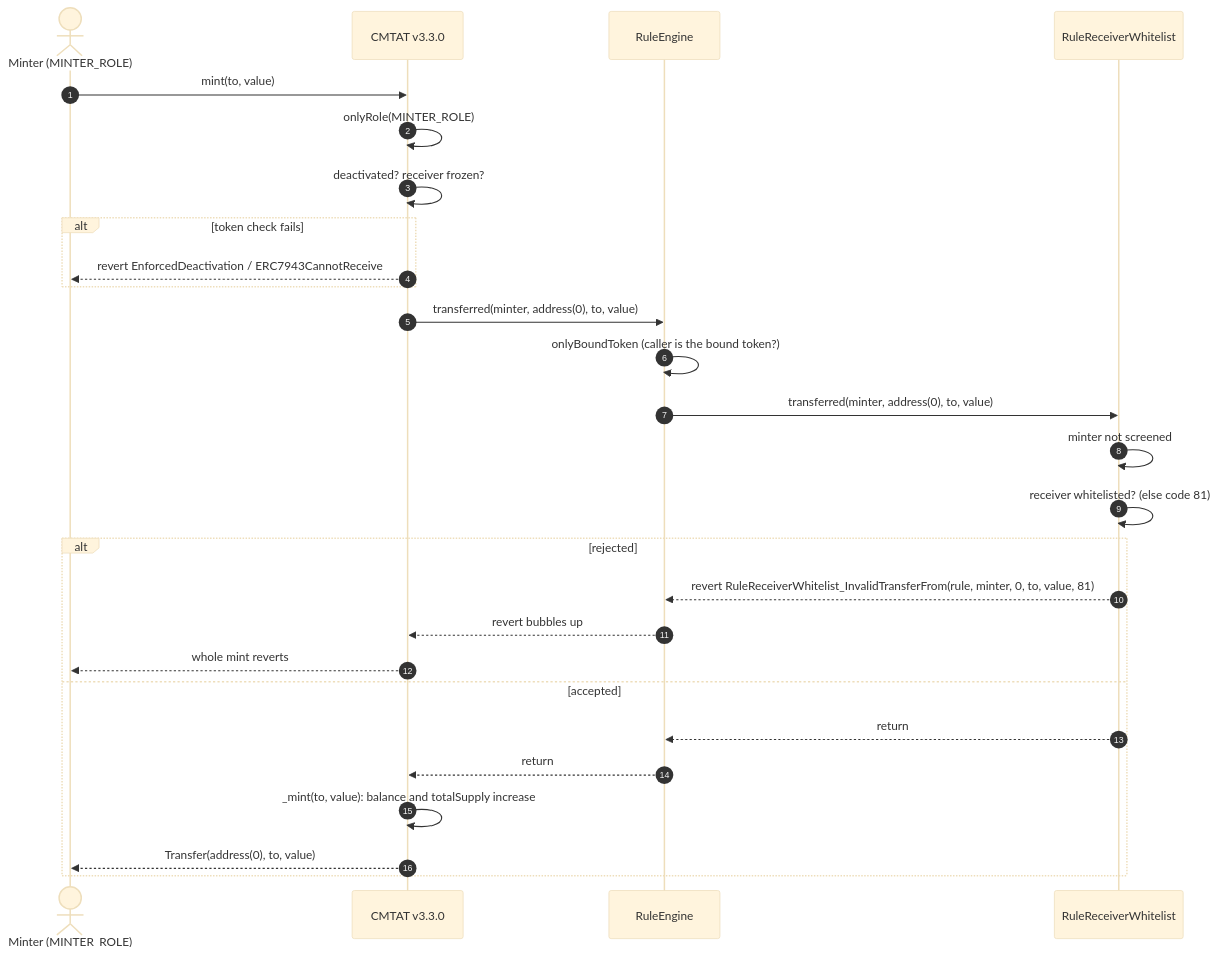
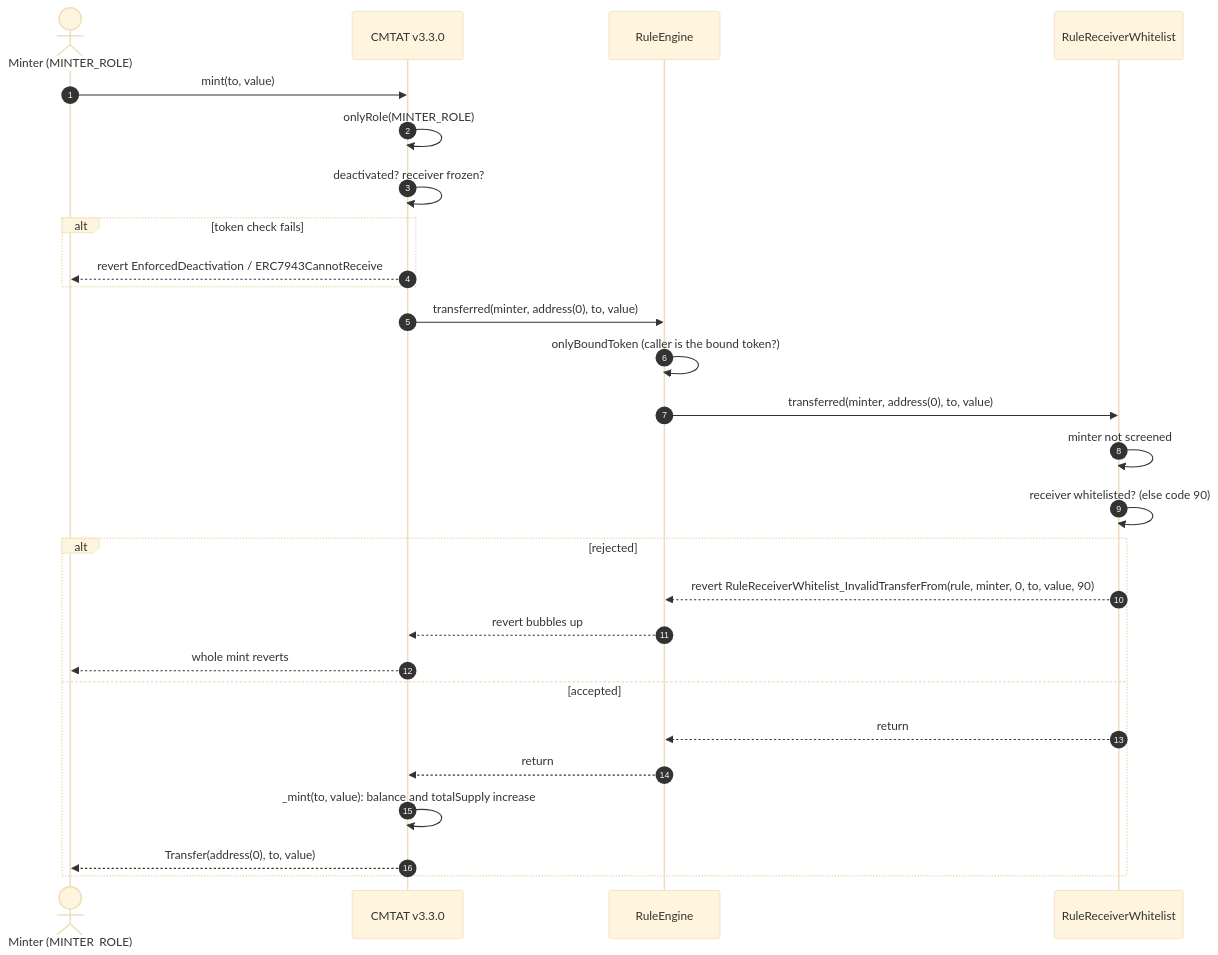
Before and after one commit to CMTA/Rules: the sixth of 11 diagrams in doc/technical/guides/DEPLOY_RULE_RECEIVER_WHITELIST_CMTAT_V3.3.0.md, drawn with Mermaid (base theme). The commit also changed other lines of this file and 280 other files, not shown here.

Commit message:
refactor: renumber RuleReceiverWhitelist (81 → 90) and RuleMaxBalance (82/83 → 80/81) so each rule keeps reserved restriction codes

````diff
--- a/doc/technical/guides/DEPLOY_RULE_RECEIVER_WHITELIST_CMTAT_V3.3.0.md
+++ b/doc/technical/guides/DEPLOY_RULE_RECEIVER_WHITELIST_CMTAT_V3.3.0.md
@@ -245,30 +245,30 @@
 ```mermaid
 sequenceDiagram
     autonumber
     actor Minter as Minter (MINTER_ROLE)
     participant Token as CMTAT v3.3.0
     participant Engine as RuleEngine
     participant Rule as RuleReceiverWhitelist
 
     Minter->>Token: mint(to, value)
     Token->>Token: onlyRole(MINTER_ROLE)
     Token->>Token: deactivated? receiver frozen?
     alt token check fails
         Token-->>Minter: revert EnforcedDeactivation / ERC7943CannotReceive
     end
     Token->>Engine: transferred(minter, address(0), to, value)
     Engine->>Engine: onlyBoundToken (caller is the bound token?)
     Engine->>Rule: transferred(minter, address(0), to, value)
     Rule->>Rule: minter not screened
-    Rule->>Rule: receiver whitelisted? (else code 81)
+    Rule->>Rule: receiver whitelisted? (else code 90)
     alt rejected
-        Rule-->>Engine: revert RuleReceiverWhitelist_InvalidTransferFrom(rule, minter, 0, to, value, 81)
+        Rule-->>Engine: revert RuleReceiverWhitelist_InvalidTransferFrom(rule, minter, 0, to, value, 90)
         Engine-->>Token: revert bubbles up
         Token-->>Minter: whole mint reverts
     else accepted
         Rule-->>Engine: return
         Engine-->>Token: return
         Token->>Token: _mint(to, value): balance and totalSupply increase
         Token-->>Minter: Transfer(address(0), to, value)
     end
 ```
````
